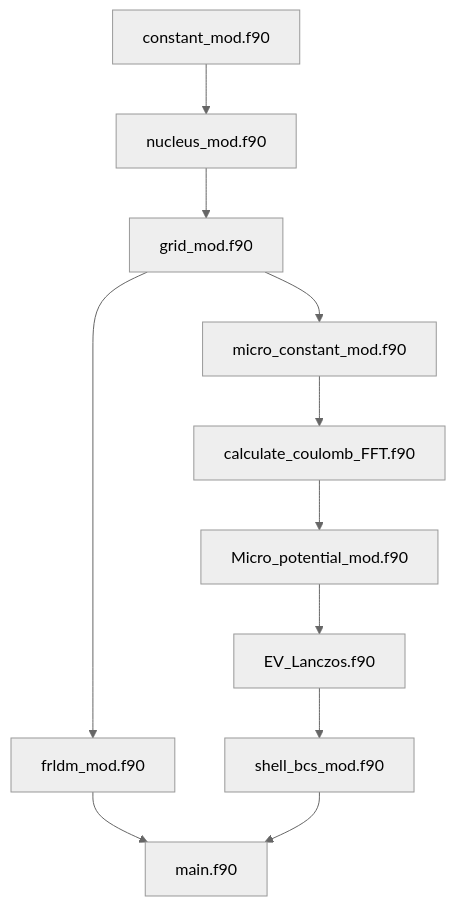
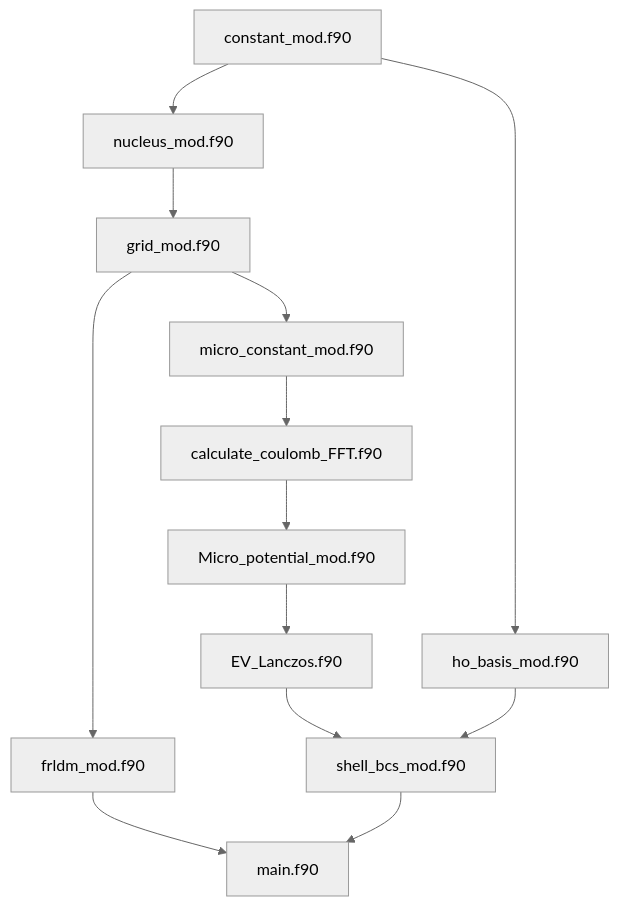
Before and after one commit to tanamarugithuber/Microscopic-Macroscopic-: the diagram in README.md, drawn with Mermaid (neutral theme). The commit also changed other lines of this file and 2 other files, not shown here.

First line of the commit message:
Add triaxial deformed harmonic-oscillator basis module

````diff
--- a/README.md
+++ b/README.md
@@ -23,14 +23,16 @@
 ```mermaid
 graph TD;
     constant_mod.f90-->nucleus_mod.f90;
     nucleus_mod.f90-->grid_mod.f90;
     grid_mod.f90-->frldm_mod.f90;
     grid_mod.f90-->micro_constant_mod.f90;
     micro_constant_mod.f90-->calculate_coulomb_FFT.f90
     calculate_coulomb_FFT.f90-->Micro_potential_mod.f90
     Micro_potential_mod.f90-->EV_Lanczos.f90
     EV_Lanczos.f90-->shell_bcs_mod.f90
     frldm_mod.f90-->main.f90
     shell_bcs_mod.f90-->main.f90
+    constant_mod.f90-->ho_basis_mod.f90
+    ho_basis_mod.f90-->shell_bcs_mod.f90
 
 ```
````
